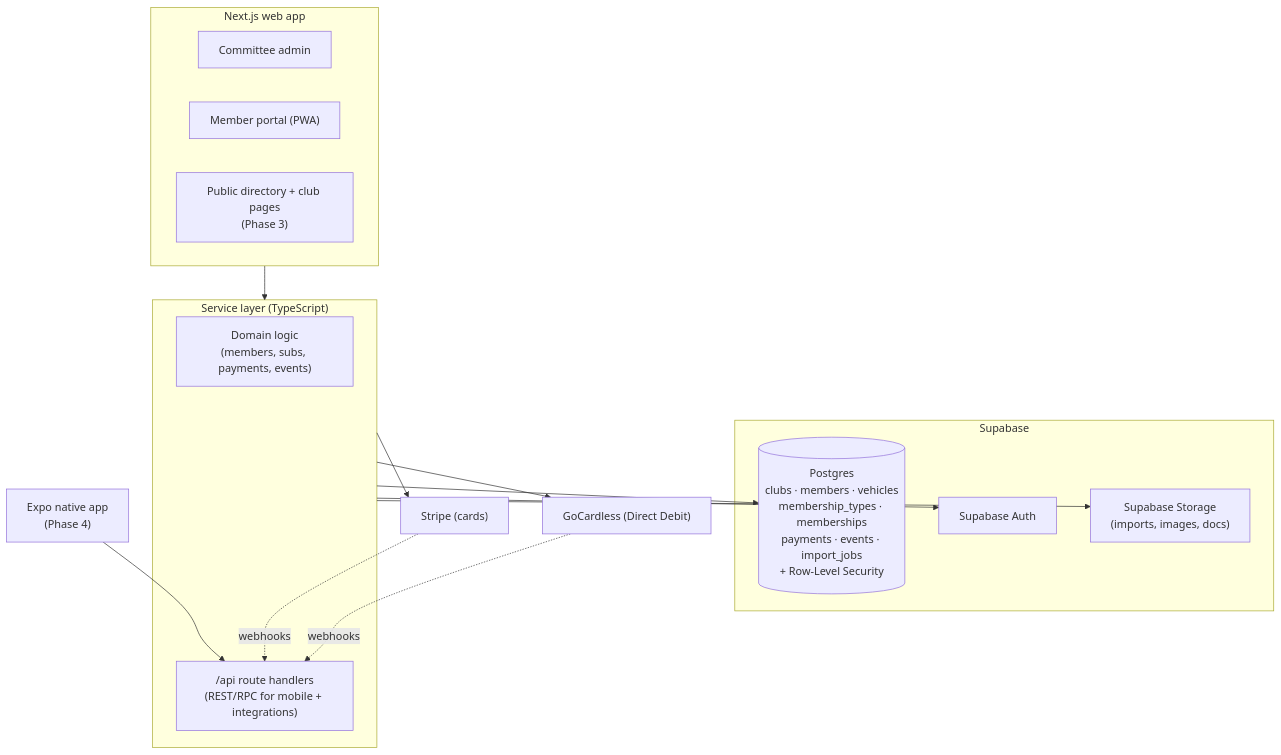
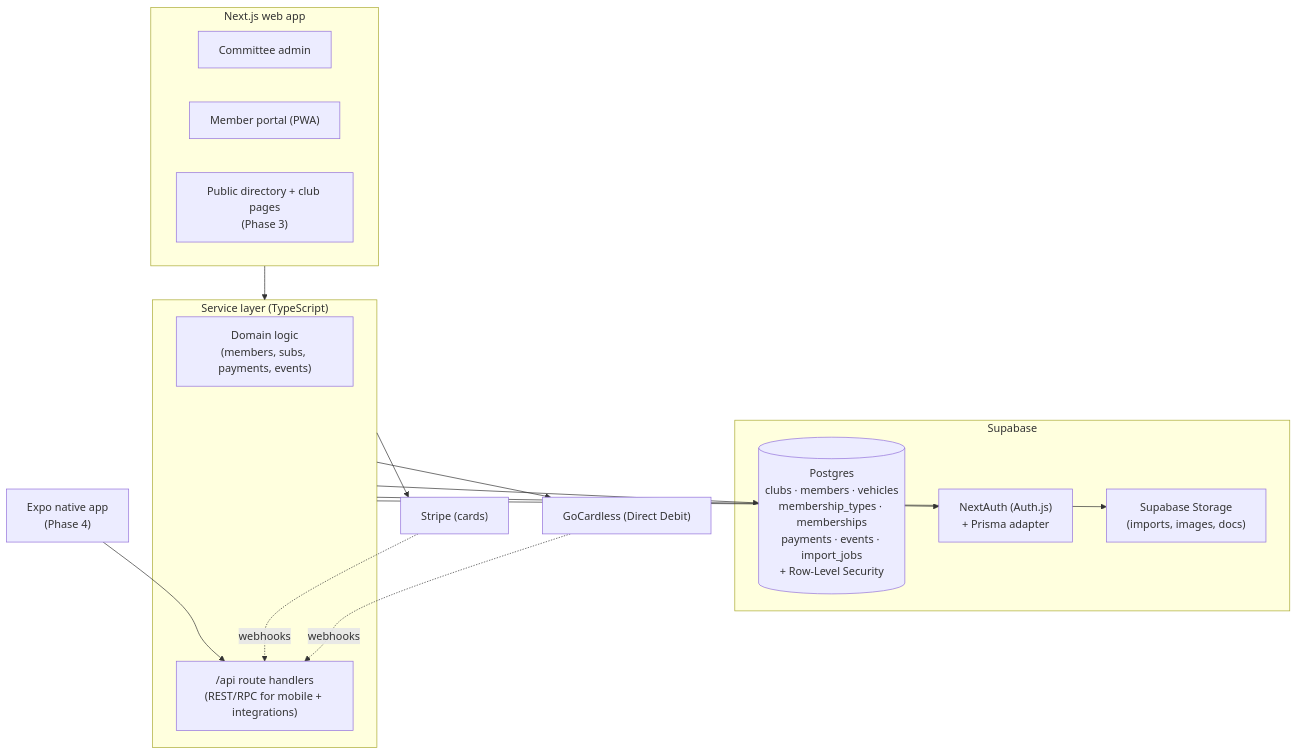
Before and after one commit to zenifieduk/CccImporter: the first of 4 diagrams in docs/superpowers/specs/2026-06-06-club-ops-platform-architecture-design.md, drawn with Mermaid. The commit also changed other lines of this file, not shown here.

First line of the commit message:
Align club ops spec to prospect house stack; pin Next.js 16+

````diff
--- a/docs/superpowers/specs/2026-06-06-club-ops-platform-architecture-design.md
+++ b/docs/superpowers/specs/2026-06-06-club-ops-platform-architecture-design.md
@@ -93,34 +93,34 @@
 ```mermaid
 flowchart TB
     subgraph DB["Supabase"]
         PG[("Postgres\nclubs · members · vehicles\nmembership_types · memberships\npayments · events · import_jobs\n+ Row-Level Security")]
-        AUTH["Supabase Auth"]
+        AUTH["NextAuth (Auth.js)\n+ Prisma adapter"]
         STORE["Supabase Storage\n(imports, images, docs)"]
     end
 
     subgraph SVC["Service layer (TypeScript)"]
         DOMAIN["Domain logic\n(members, subs, payments, events)"]
         API["/api route handlers\n(REST/RPC for mobile + integrations)"]
     end
 
     subgraph WEB["Next.js web app"]
         ADMIN["Committee admin"]
         PORTAL["Member portal (PWA)"]
         PUBLIC["Public directory + club pages\n(Phase 3)"]
     end
 
     MOBILE["Expo native app\n(Phase 4)"]
 
     STRIPE["Stripe (cards)"]
     GC["GoCardless (Direct Debit)"]
 
     WEB --> SVC
     MOBILE --> API
     SVC --> PG
     SVC --> AUTH
     SVC --> STORE
     SVC --> STRIPE
     SVC --> GC
     STRIPE -. webhooks .-> API
     GC -. webhooks .-> API
 ```
````
